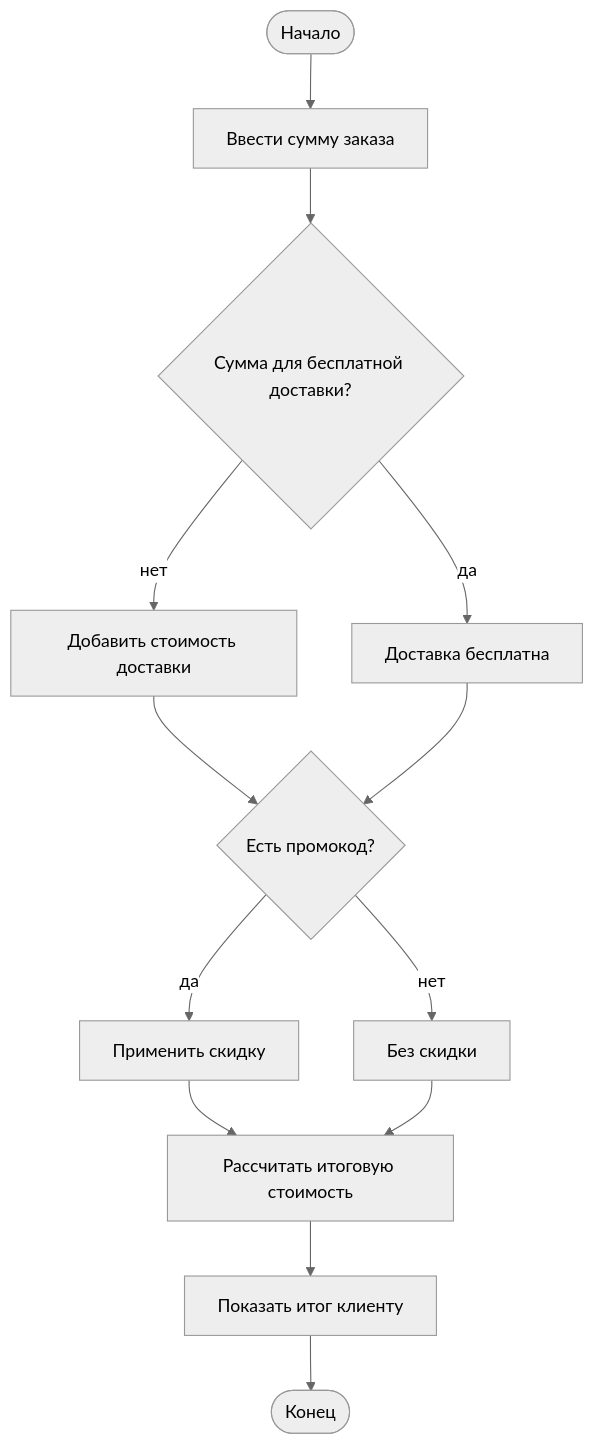
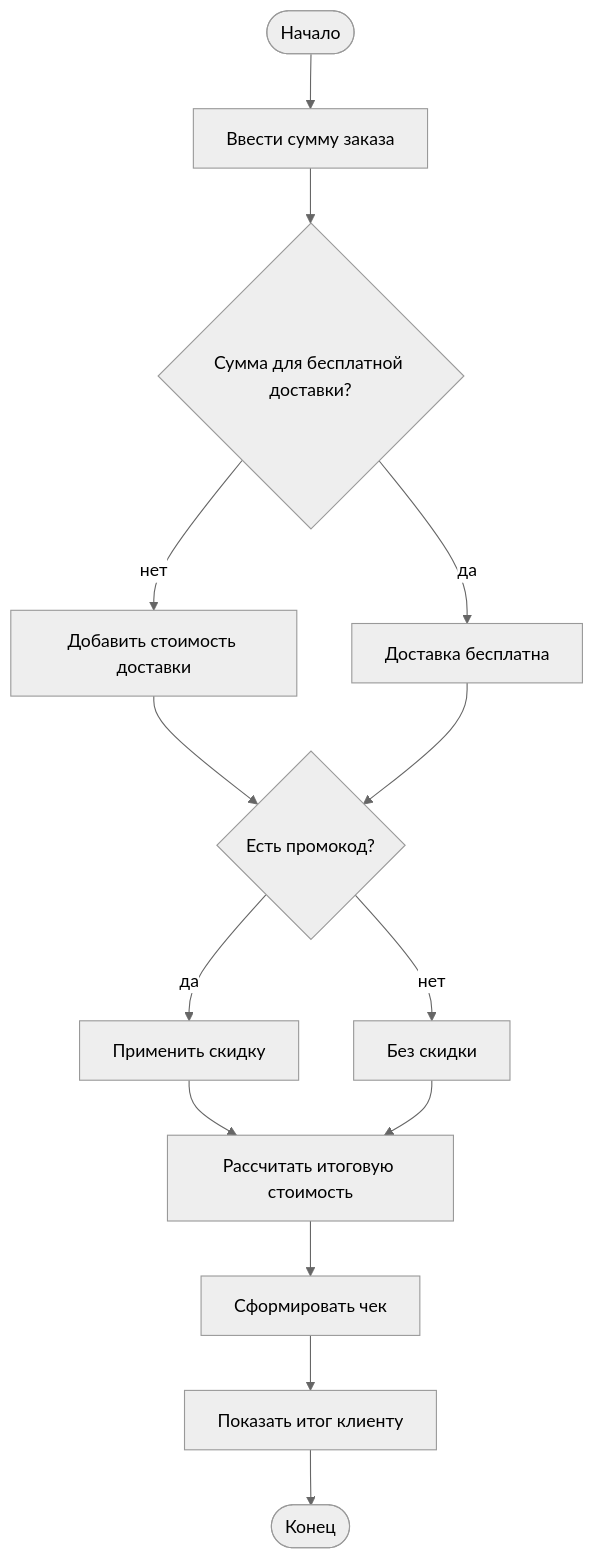
Before and after one commit to ssaikk25/visual-programming-labs-Korol: the diagram in lab1/docs/flowchart.md, drawn with Mermaid (neutral theme). The commit also changed 1 other file, not shown here.

Commit message:
Update Mermaid diagrams

````diff
--- a/lab1/docs/flowchart.md
+++ b/lab1/docs/flowchart.md
@@ -5,15 +5,16 @@
 ```mermaid
 flowchart TD
     A([Начало]) --> B[Ввести сумму заказа]
     B --> C{Сумма для бесплатной доставки?}
     C -- нет --> D[Добавить стоимость доставки]
     C -- да --> E[Доставка бесплатна]
     D --> F{Есть промокод?}
     E --> F
     F -- да --> G[Применить скидку]
     F -- нет --> H[Без скидки]
     G --> I[Рассчитать итоговую стоимость]
     H --> I
-    I --> J[Показать итог клиенту]
+    I --> L[Сформировать чек]
+    L --> J[Показать итог клиенту]
     J --> K([Конец])
 ```
````
